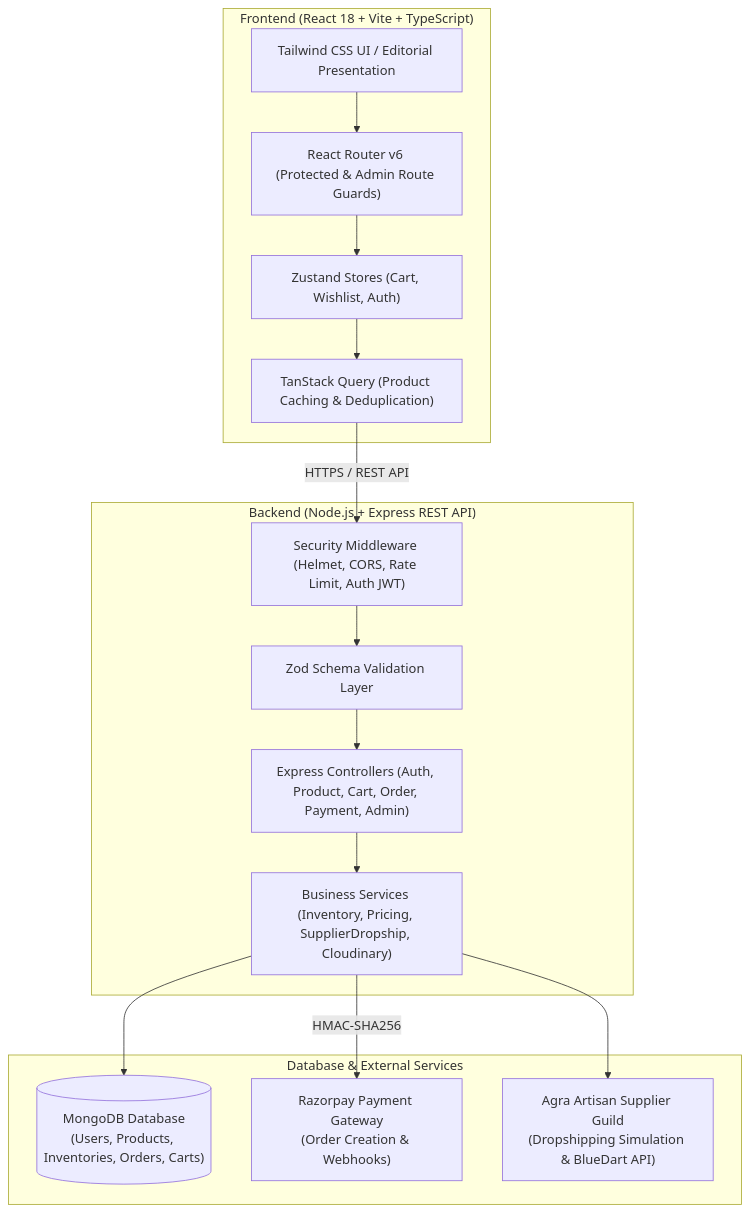
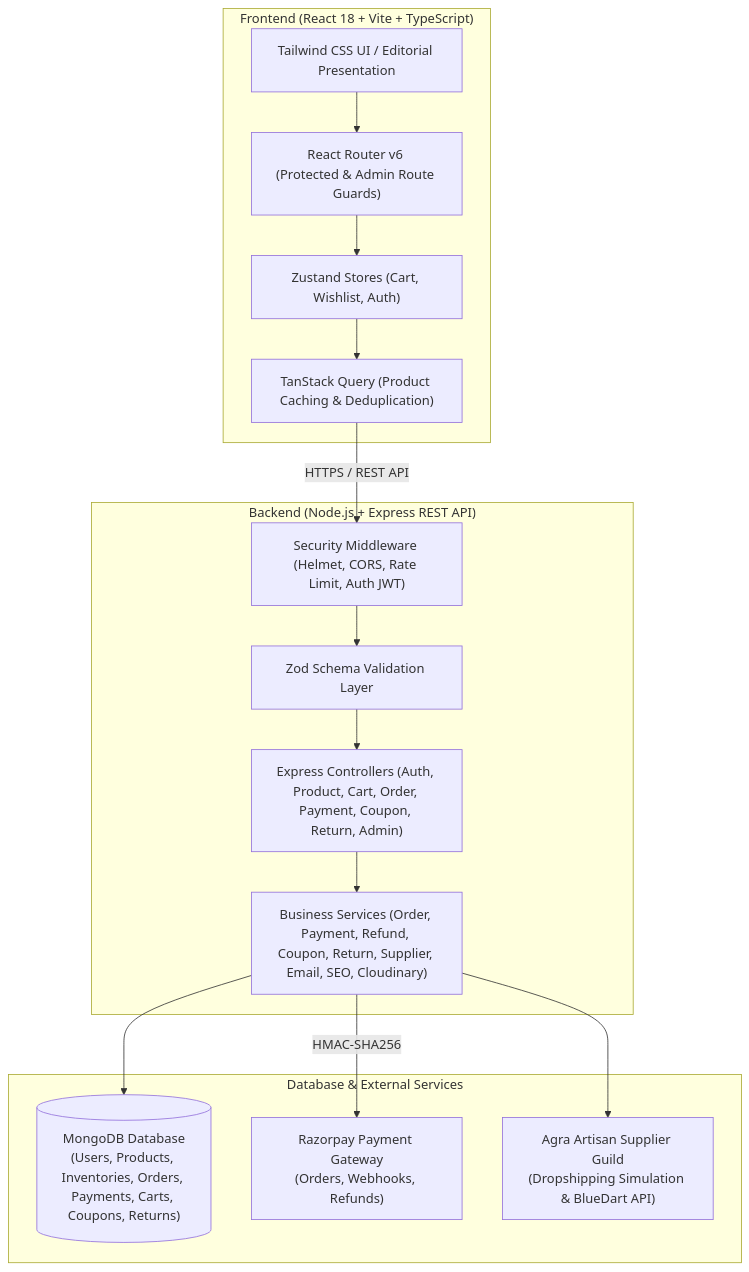
One commit to zero1cee/footzi changed the first of 3 diagrams in README.md. Above: the diagram before and after it, drawn with Mermaid. The commit also changed other lines of this file and 13 other files, not shown here.

````diff
--- a/README.md
+++ b/README.md
@@ -70,33 +70,33 @@
 ```mermaid
 flowchart TD
     subgraph Client ["Frontend (React 18 + Vite + TypeScript)"]
         UI["Tailwind CSS UI / Editorial Presentation"]
         Router["React Router v6 (Protected & Admin Route Guards)"]
         State["Zustand Stores (Cart, Wishlist, Auth)"]
         Query["TanStack Query (Product Caching & Deduplication)"]
     end
 
     subgraph Server ["Backend (Node.js + Express REST API)"]
         Middleware["Security Middleware (Helmet, CORS, Rate Limit, Auth JWT)"]
-        Controllers["Express Controllers (Auth, Product, Cart, Order, Payment, Admin)"]
-        Services["Business Services (Inventory, Pricing, SupplierDropship, Cloudinary)"]
+        Controllers["Express Controllers (Auth, Product, Cart, Order, Payment, Coupon, Return, Admin)"]
+        Services["Business Services (Order, Payment, Refund, Coupon, Return, Supplier, Email, SEO, Cloudinary)"]
         Validators["Zod Schema Validation Layer"]
     end
 
     subgraph DataStore ["Database & External Services"]
-        Mongo[("MongoDB Database\n(Users, Products, Inventories, Orders, Carts)")]
-        Razorpay["Razorpay Payment Gateway\n(Order Creation & Webhooks)"]
+        Mongo[("MongoDB Database\n(Users, Products, Inventories, Orders, Payments, Carts, Coupons, Returns)")]
+        Razorpay["Razorpay Payment Gateway\n(Orders, Webhooks, Refunds)"]
         AgraSupplier["Agra Artisan Supplier Guild\n(Dropshipping Simulation & BlueDart API)"]
     end
 
     UI --> Router
     Router --> State
     State --> Query
     Query -->|HTTPS / REST API| Middleware
     Middleware --> Validators
     Validators --> Controllers
     Controllers --> Services
     Services --> Mongo
     Services -->|HMAC-SHA256| Razorpay
     Services --> AgraSupplier
 ```
````
